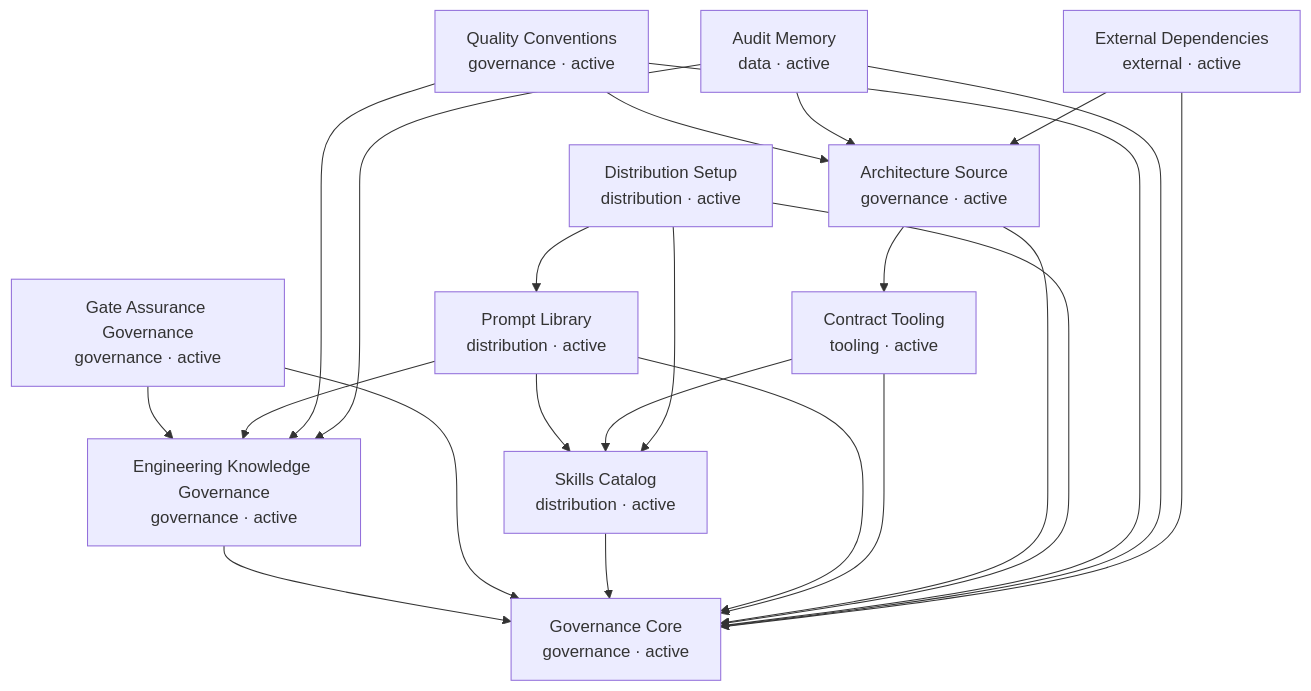
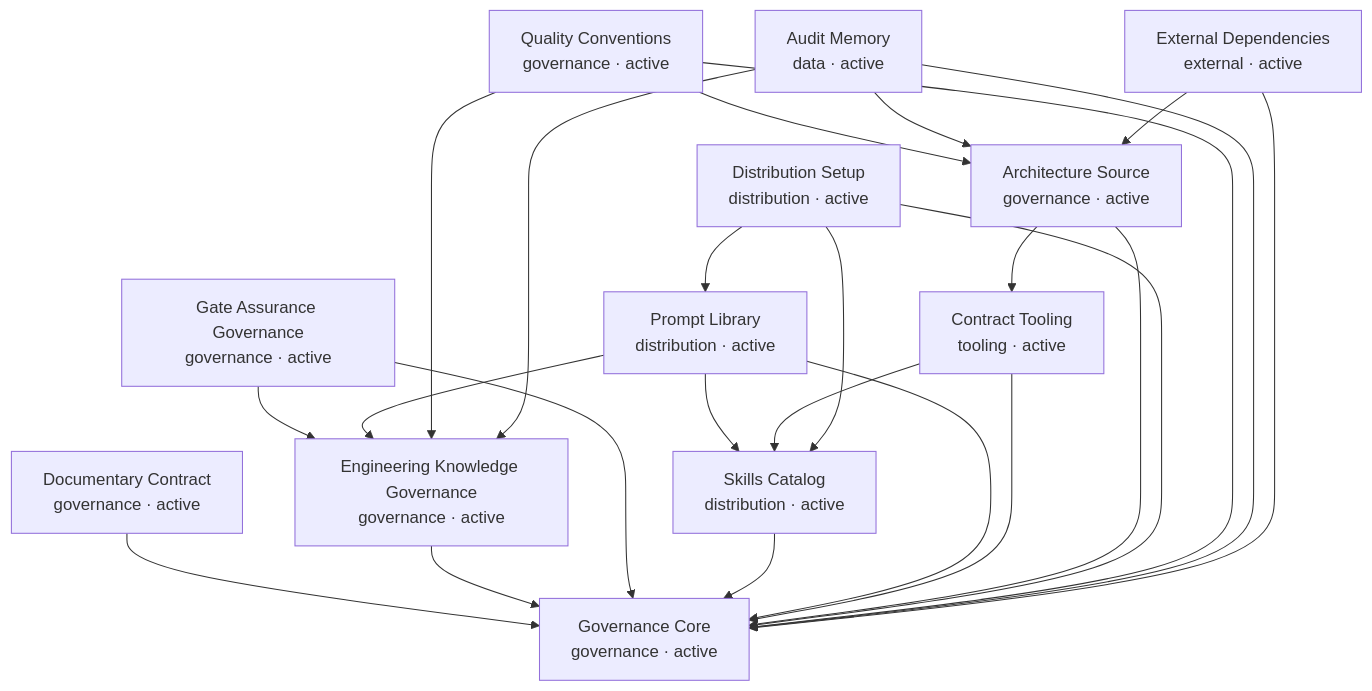
Before and after one commit to Bricesodini/vibebackbone: the diagram in docs/RELATIONS.md, drawn with Mermaid. The commit also changed other lines of this file and 3 other files, not shown here.

````diff
--- a/docs/RELATIONS.md
+++ b/docs/RELATIONS.md
@@ -15,36 +15,38 @@
 ```mermaid
 graph TD
   governance-core["Governance Core<br/>governance · active"]
+  documentary-contract["Documentary Contract<br/>governance · active"]
   engineering-knowledge-governance["Engineering Knowledge Governance<br/>governance · active"]
   gate-assurance-governance["Gate Assurance Governance<br/>governance · active"]
   skills-catalog["Skills Catalog<br/>distribution · active"]
   prompt-library["Prompt Library<br/>distribution · active"]
   contract-tooling["Contract Tooling<br/>tooling · active"]
   architecture-source["Architecture Source<br/>governance · active"]
   distribution-setup["Distribution Setup<br/>distribution · active"]
   quality-conventions["Quality Conventions<br/>governance · active"]
   audit-memory["Audit Memory<br/>data · active"]
   external-dependencies["External Dependencies<br/>external · active"]
+  documentary-contract --> governance-core
   engineering-knowledge-governance --> governance-core
   gate-assurance-governance --> governance-core
   gate-assurance-governance --> engineering-knowledge-governance
   skills-catalog --> governance-core
   prompt-library --> governance-core
   prompt-library --> skills-catalog
   prompt-library --> engineering-knowledge-governance
   contract-tooling --> skills-catalog
   contract-tooling --> governance-core
   architecture-source --> governance-core
   architecture-source --> contract-tooling
   distribution-setup --> governance-core
   distribution-setup --> skills-catalog
   distribution-setup --> prompt-library
   quality-conventions --> governance-core
   quality-conventions --> architecture-source
   quality-conventions --> engineering-knowledge-governance
   audit-memory --> governance-core
   audit-memory --> architecture-source
   audit-memory --> engineering-knowledge-governance
   external-dependencies --> governance-core
   external-dependencies --> architecture-source
 ```
````
